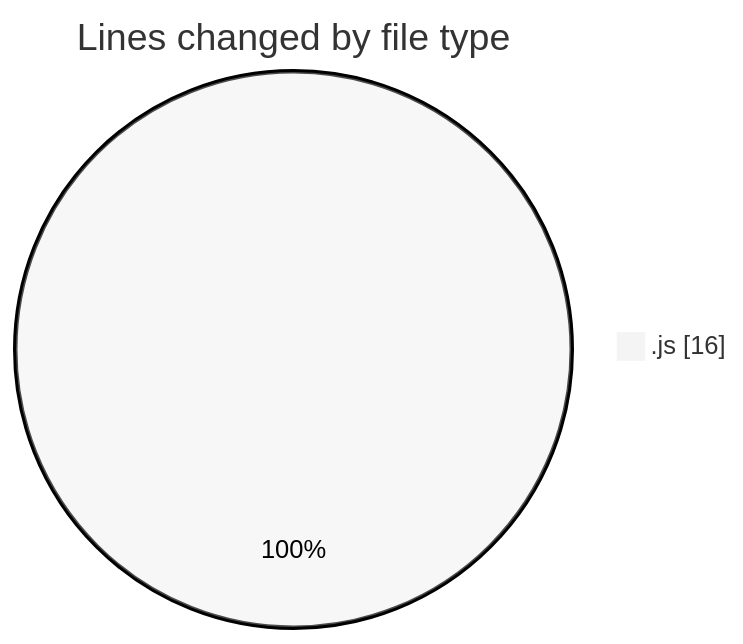
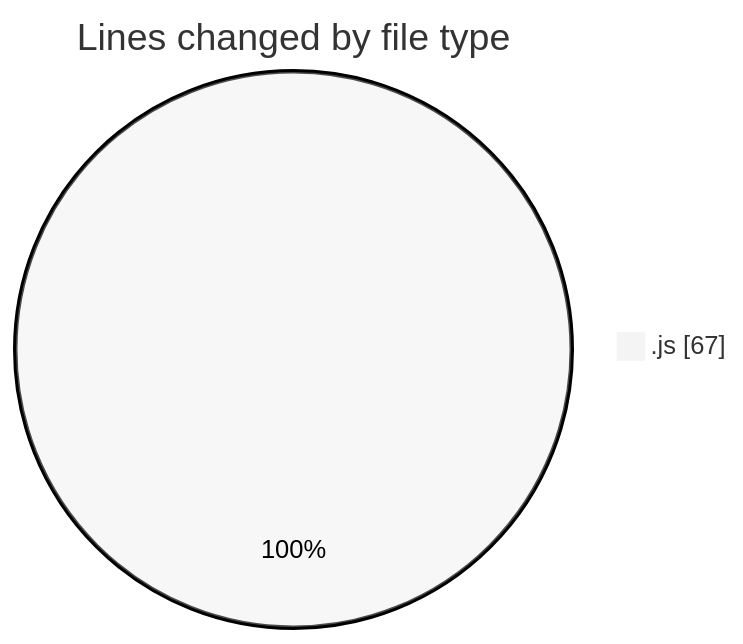
Before and after one commit to Ritupan-Deka/code-tracking: the first of 2 diagrams in 2025-08-09/javascript/README.md, drawn with Mermaid (neutral theme). The commit also changed other lines of this file and 1 other file, not shown here.

````diff
--- a/2025-08-09/javascript/README.md
+++ b/2025-08-09/javascript/README.md
@@ -20,5 +20,5 @@
 ```mermaid
 pie showData
 title Lines changed by file type
-".js" : 16
+".js" : 67
 ```
````
